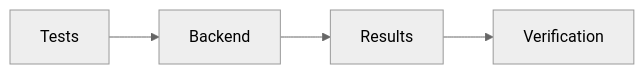
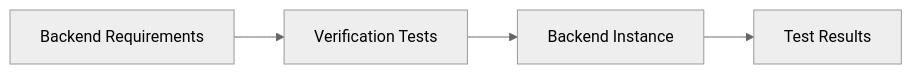
The ninth of 11 diagrams in doc/requirements/backend-requirements.md (RomanBuchert/VirtUSB), drawn with Mermaid (neutral theme) before and after one commit. The commit also changed other lines of this file and 6 other files, not shown here.

First line of the commit message:
docs: refine architecture and requirements documentation (WIP)

````diff
--- a/doc/requirements/backend-requirements.md
+++ b/doc/requirements/backend-requirements.md
@@ -531,6 +683,12 @@
 ```mermaid
 flowchart LR
+
+    Requirements["Backend Requirements"]
+    Tests["Verification Tests"]
+    Backend["Backend Instance"]
+    Results["Test Results"]
+
+    Requirements --> Tests
     Tests --> Backend
     Backend --> Results
-    Results --> Verification
 ```
````
